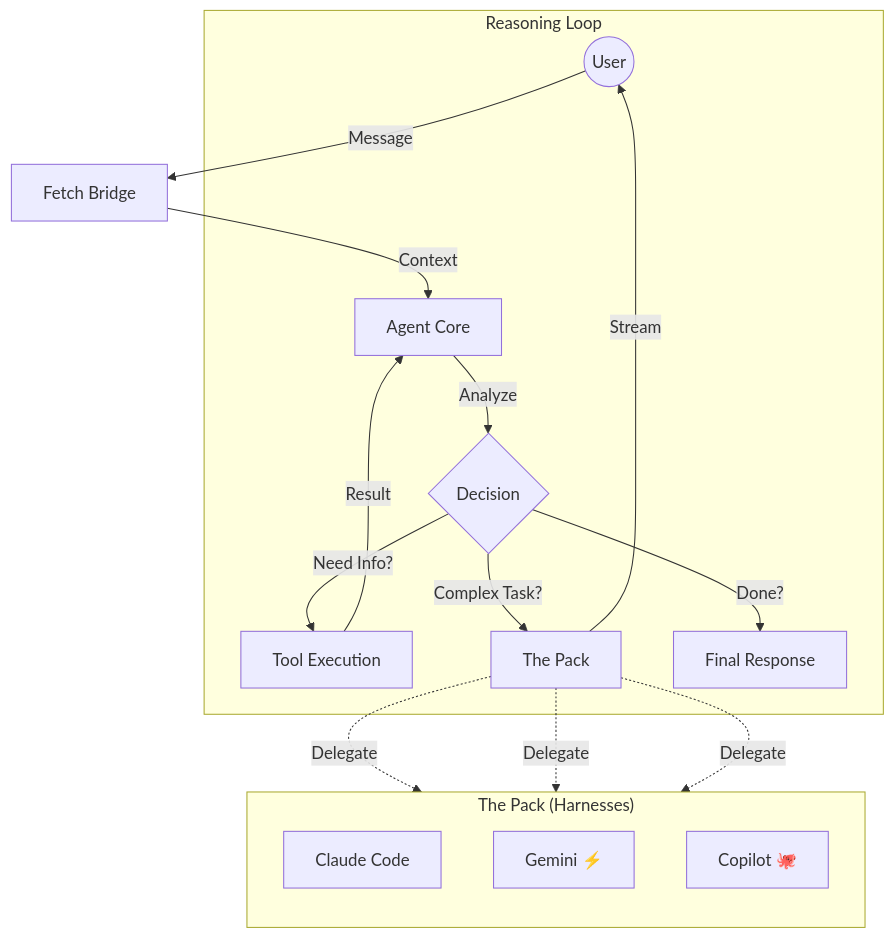
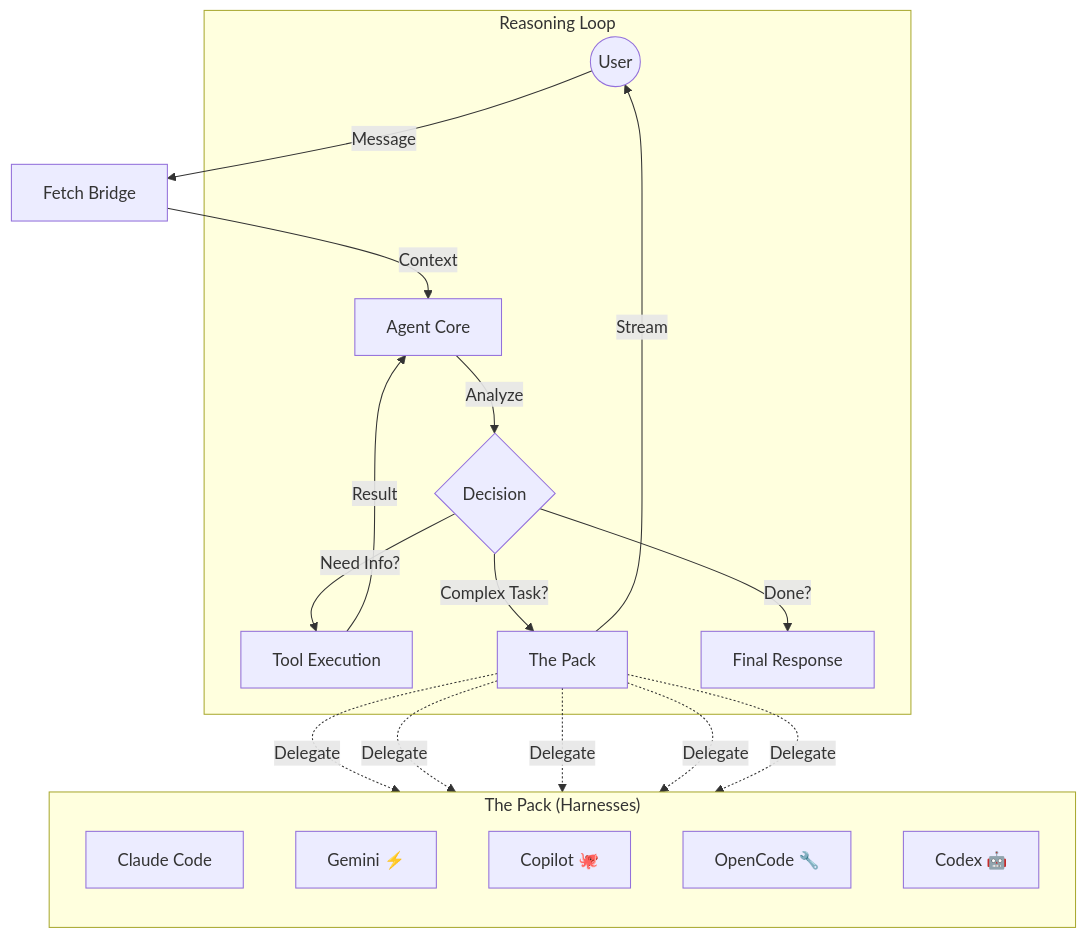
One commit to Traves-Theberge/Fetch changed the diagram in docs/markdown/AGENTIC_WORKFLOW.md. Above: the diagram before and after it, drawn with Mermaid. The commit also changed other lines of this file and 19 other files, not shown here.

````diff
--- a/docs/markdown/AGENTIC_WORKFLOW.md
+++ b/docs/markdown/AGENTIC_WORKFLOW.md
@@ -9,26 +9,30 @@
 ```mermaid
 flowchart TB
     User((User)) -->|Message| Bridge[Fetch Bridge]
     Bridge -->|Context| Core[Agent Core]
     
     subgraph "Reasoning Loop"
         Core -->|Analyze| Plan{Decision}
         Plan -->|Need Info?| Tool[Tool Execution]
         Plan -->|Complex Task?| Pack[The Pack]
         Plan -->|Done?| Response[Final Response]
         
         Tool -->|Result| Core
         Pack -->|Stream| User
     end
 
     subgraph "The Pack (Harnesses)"
         direction TB
         Claude[Claude Code]
         Gemini[Gemini ⚡]
         Copilot[Copilot 🐙]
+        OC[OpenCode 🔧]
+        Codex[Codex 🤖]
     end
 
     Pack -.->|Delegate| Claude
     Pack -.->|Delegate| Gemini
     Pack -.->|Delegate| Copilot
+    Pack -.->|Delegate| OC
+    Pack -.->|Delegate| Codex
 ```
````
